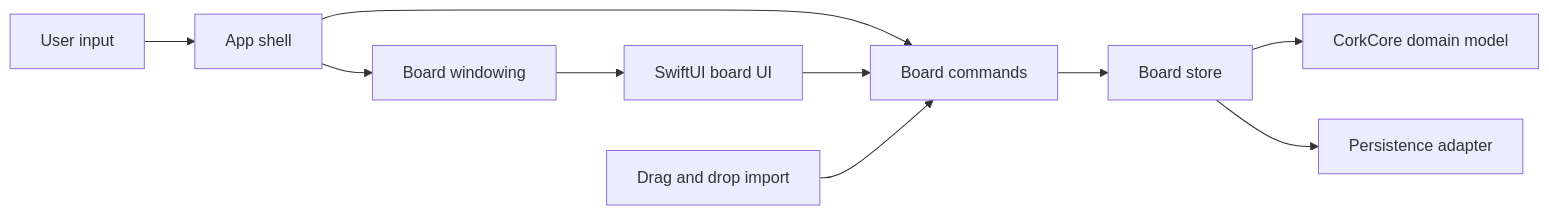
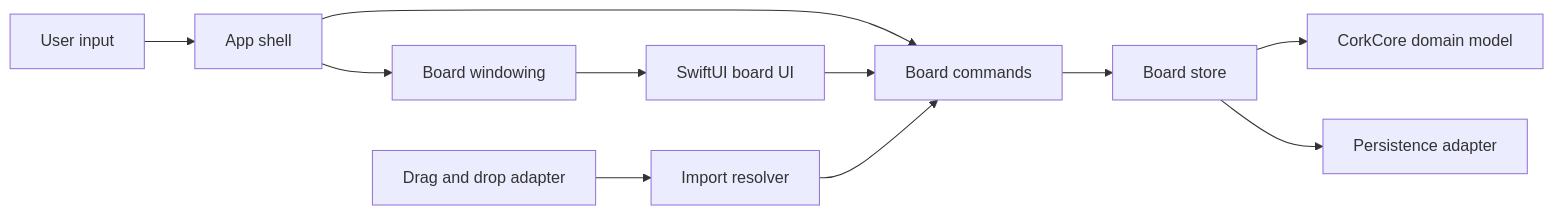
The first of 3 diagrams in docs/architecture.md (KopitarFan/Cork), drawn with Mermaid before and after one commit. The commit also changed other lines of this file and 11 other files, not shown here.

Commit message:
Drag and Drop Functionality

````diff
--- a/docs/architecture.md
+++ b/docs/architecture.md
@@ -25,12 +25,13 @@
 ```mermaid
 flowchart LR
     User["User input"] --> Shell["App shell"]
     Shell --> Windowing["Board windowing"]
     Shell --> Commands["Board commands"]
     Windowing --> BoardUI["SwiftUI board UI"]
     BoardUI --> Commands
     Commands --> Store["Board store"]
     Store --> Domain["CorkCore domain model"]
     Store --> Persistence["Persistence adapter"]
-    Drop["Drag and drop import"] --> Commands
+    Drop["Drag and drop adapter"] --> ImportResolver["Import resolver"]
+    ImportResolver --> Commands
 ```
````
